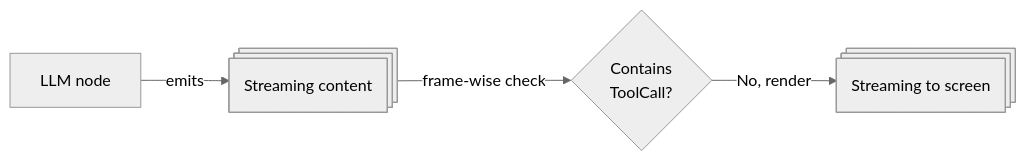
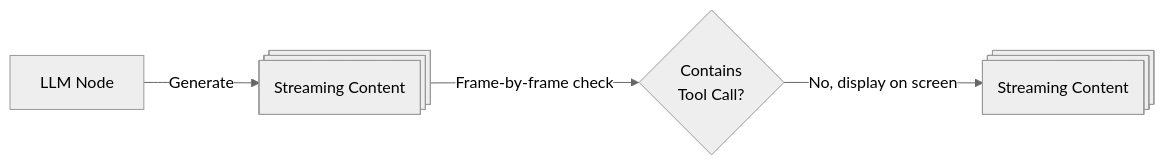
The fifth of 10 diagrams in content/en/docs/eino/overview/graph_or_agent.md (cloudwego/cloudwego.github.io), drawn with Mermaid (neutral theme) before and after one commit. The commit also changed other lines of this file and 141 other files, not shown here.

````diff
--- a/content/en/docs/eino/overview/graph_or_agent.md
+++ b/content/en/docs/eino/overview/graph_or_agent.md
@@ -126,12 +146,13 @@
 ```mermaid
 flowchart LR
-  L[LLM node]
-  S@{ shape: processes, label: "Streaming content"}
-  L-->|emits|S
+  L[LLM Node]
+  S@{ shape: processes, label: "Streaming Content"}
+  L-->|Generate|S
 
-  B{Contains<br>ToolCall?}
-  D@{ shape: processes, label: "Streaming to screen"}
+  B{Contains<br>Tool Call?}
+  D@{ shape: processes, label: "Streaming Content"}
 
-  B-->|No, render|D
-  S-->|frame-wise check|B
+  B-->|No, display on screen|D
+
+  S-->|Frame-by-frame check|B
 ```
````
